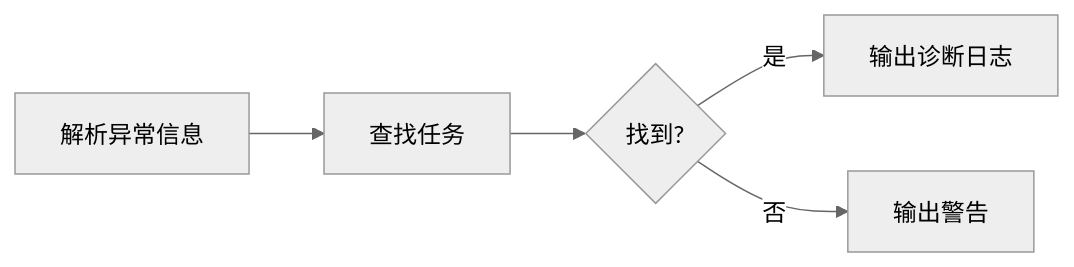
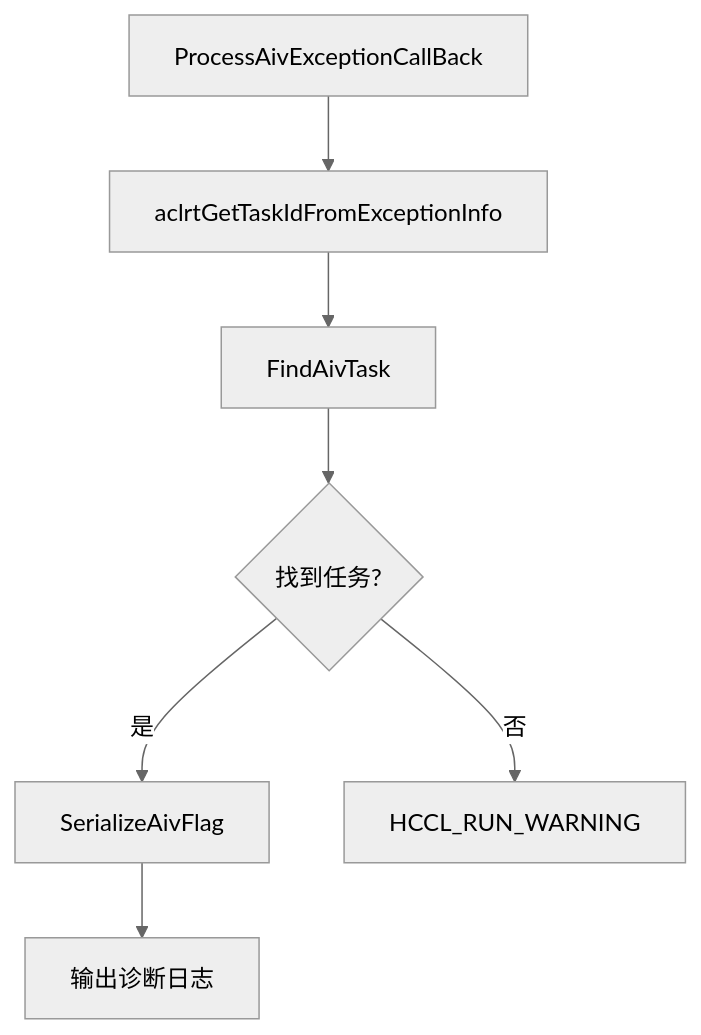
The fourth of 8 diagrams in docs/AIV_Task_Exception_Handler_Design.md (libochao-huawei/HCCL), drawn with Mermaid (neutral theme) before and after one commit. The commit also changed other lines of this file, not shown here.

````diff
--- a/docs/AIV_Task_Exception_Handler_Design.md
+++ b/docs/AIV_Task_Exception_Handler_Design.md
@@ -159,7 +165,9 @@
 ```mermaid
-flowchart LR
-    A[解析异常信息] --> B[查找任务]
-    B --> C{找到?}
-    C -->|是| D[输出诊断日志]
-    C -->|否| E[输出警告]
+flowchart TB
+    A[ProcessAivExceptionCallBack] --> B[aclrtGetTaskIdFromExceptionInfo]
+    B --> C[FindAivTask]
+    C --> D{找到任务?}
+    D -->|是| E[SerializeAivFlag]
+    D -->|否| F[HCCL_RUN_WARNING]
+    E --> G[输出诊断日志]
 ```
````
